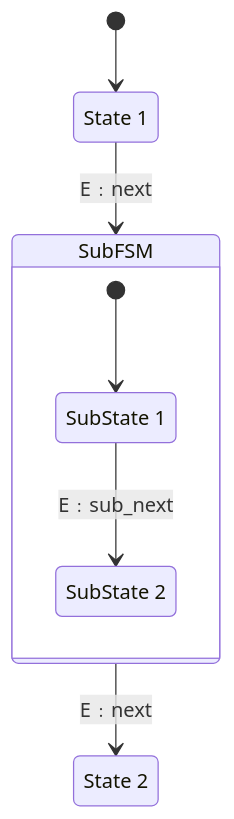
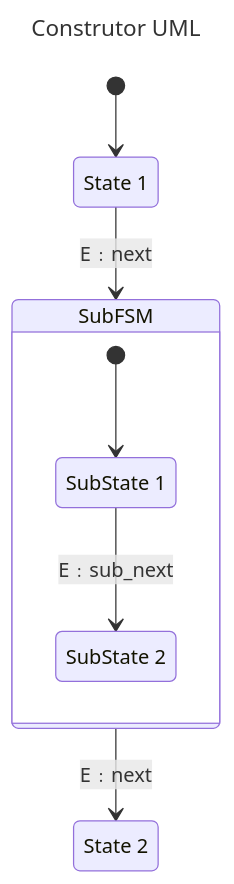
Diagram 12 of 13 in Programming Pattern/Behavioral Pattern/State.md (tongmon/fundamental-practice), drawn with Mermaid before and after one commit. The commit also changed other lines of this file, not shown here.

````diff
--- a/Programming Pattern/Behavioral Pattern/State.md
+++ b/Programming Pattern/Behavioral Pattern/State.md
@@ -2344,16 +2576,20 @@
 ```mermaid
+---
+title : Construtor UML
+---
+
 stateDiagram-v2
     State1: State 1
     State2: State 2
 
     state SubFSM {
         SubState1: SubState 1
         SubState2: SubState 2
         [*] --> SubState1
         SubState1 --> SubState2 : E﹕sub_next
     }
 
     [*] --> State1
     State1 --> SubFSM : E﹕next
     SubFSM --> State2 : E﹕next
 ```
````
